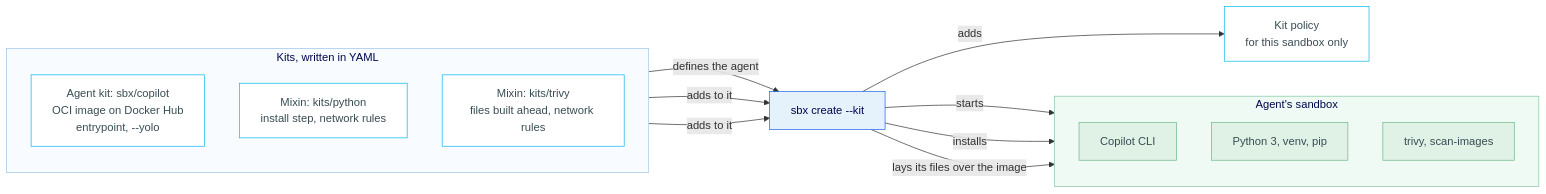
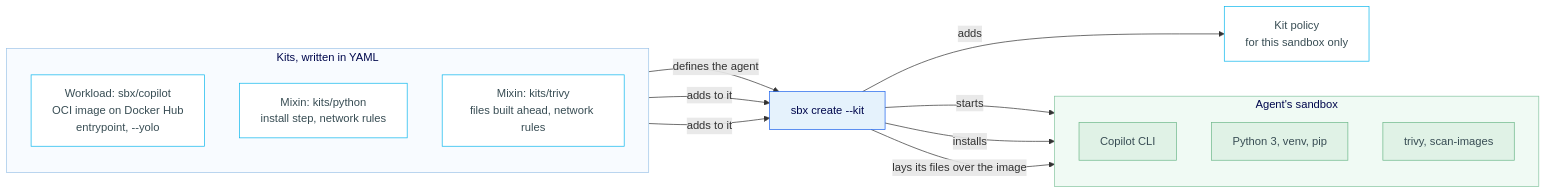
Before and after one commit to mathieu-benoit/sbx-lab: the diagram in simspace/labs/docker-sandboxes-copilot/02-kits.md, drawn with Mermaid. The commit also changed other lines of this file and 2 other files, not shown here.

First line of the commit message:
Kits: use the v3 kinds, workload and mixin

````diff
--- a/simspace/labs/docker-sandboxes-copilot/02-kits.md
+++ b/simspace/labs/docker-sandboxes-copilot/02-kits.md
@@ -14,39 +14,39 @@
 ```mermaid
 graph LR
     subgraph Kits["Kits, written in YAML"]
         direction TB
-        AgentKit["Agent kit: sbx/copilot<br/>OCI image on Docker Hub<br/>entrypoint, --yolo"]
+        AgentKit["Workload: sbx/copilot<br/>OCI image on Docker Hub<br/>entrypoint, --yolo"]
         PythonMixin["Mixin: kits/python<br/>install step, network rules"]
         TrivyMixin["Mixin: kits/trivy<br/>files built ahead, network rules"]
     end
 
     Create["sbx create --kit"]
 
     subgraph Sandbox["Agent's sandbox"]
         direction TB
         Copilot["Copilot CLI"]
         Python["Python 3, venv, pip"]
         Trivy["trivy, scan-images"]
     end
 
     KitPolicy["Kit policy<br/>for this sandbox only"]
 
     AgentKit -->|defines the agent| Create
     PythonMixin -->|adds to it| Create
     TrivyMixin -->|adds to it| Create
     Create -->|starts| Copilot
     Create -->|installs| Python
     Create -->|lays its files over the image| Trivy
     Create -->|adds| KitPolicy
 
     style Kits fill:#f8fbff,stroke:#9fc5e8,color:#00084D
     style Sandbox fill:#f0faf4,stroke:#86c5a0,color:#00084D
     style AgentKit fill:#fff,stroke:#0DB7ED,color:#384D54
     style PythonMixin fill:#fff,stroke:#0DB7ED,color:#384D54
     style TrivyMixin fill:#fff,stroke:#0DB7ED,color:#384D54
     style KitPolicy fill:#fff,stroke:#0DB7ED,color:#384D54
     style Create fill:#E5F2FC,stroke:#1D63ED,color:#00084D
     style Copilot fill:#e0f2e6,stroke:#6db88a,color:#384D54
     style Python fill:#e0f2e6,stroke:#6db88a,color:#384D54
     style Trivy fill:#e0f2e6,stroke:#6db88a,color:#384D54
 ```
````
